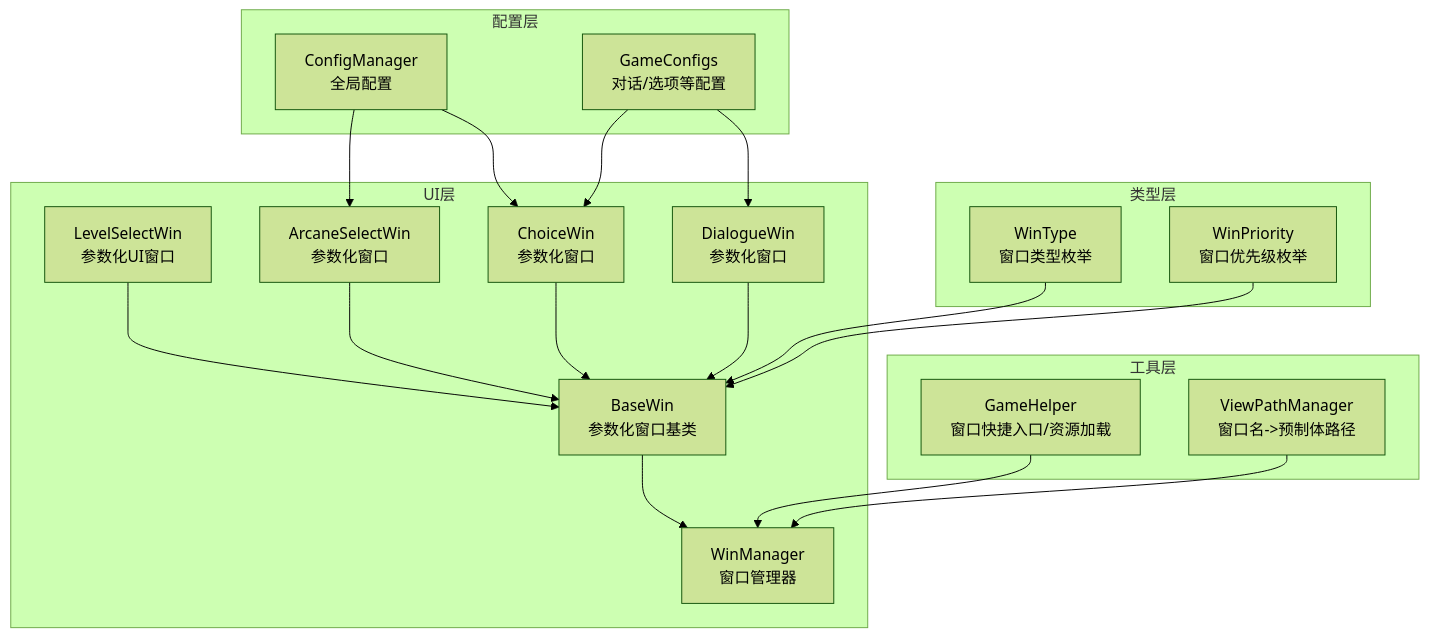
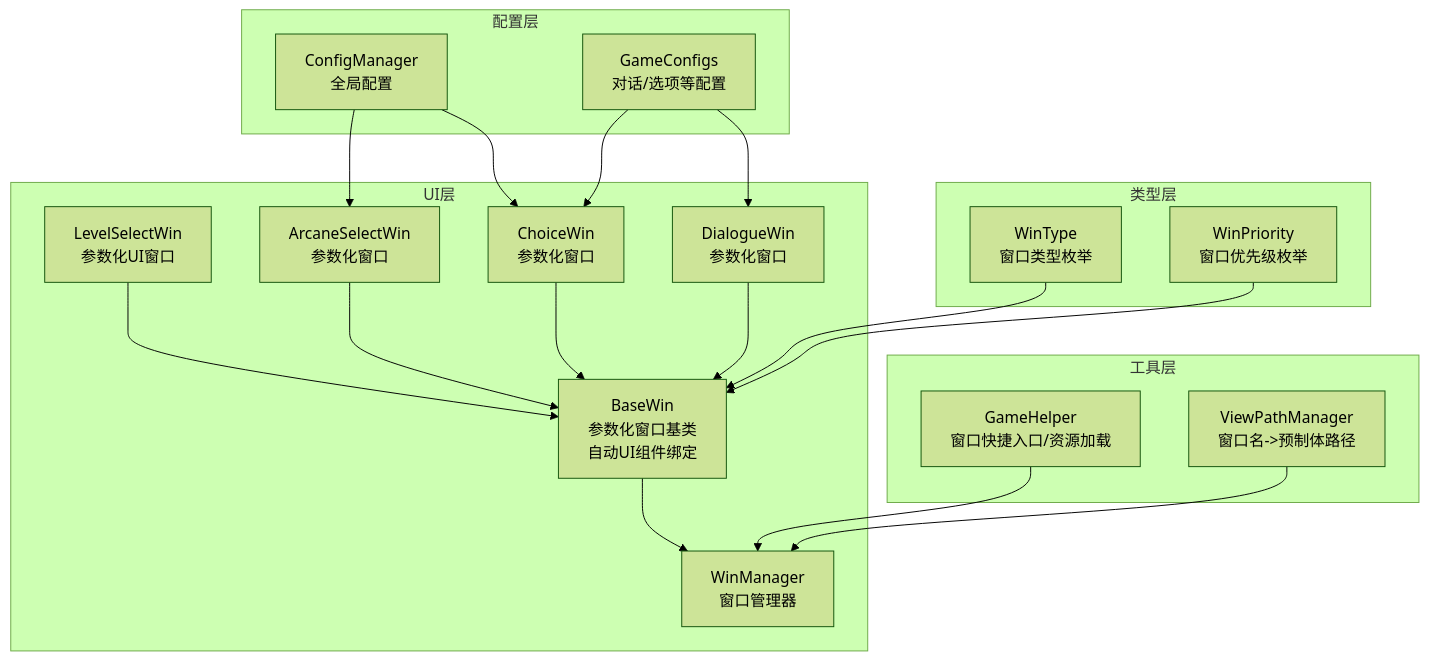
Before and after one commit to Tuusen/p1_client: the first of 9 diagrams in .qoder/repowiki/zh/content/用户界面系统/窗口管理系统.md, drawn with Mermaid (forest theme). The commit also changed other lines of this file and 6 other files, not shown here.

````diff
--- a/.qoder/repowiki/zh/content/用户界面系统/窗口管理系统.md
+++ b/.qoder/repowiki/zh/content/用户界面系统/窗口管理系统.md
@@ -56,36 +58,36 @@
 ```mermaid
 graph TB
 subgraph "UI层"
-BaseWin["BaseWin<br/>参数化窗口基类"]
+BaseWin["BaseWin<br/>参数化窗口基类<br/>自动UI组件绑定"]
 WinMgr["WinManager<br/>窗口管理器"]
 LevelSelectWin["LevelSelectWin<br/>参数化UI窗口"]
 ArcaneSelectWin["ArcaneSelectWin<br/>参数化窗口"]
 ChoiceWin["ChoiceWin<br/>参数化窗口"]
 DialogWin["DialogueWin<br/>参数化窗口"]
 end
 subgraph "工具层"
 GameHelper["GameHelper<br/>窗口快捷入口/资源加载"]
 ViewPathMgr["ViewPathManager<br/>窗口名->预制体路径"]
 end
 subgraph "配置层"
 CfgMgr["ConfigManager<br/>全局配置"]
 Cfgs["GameConfigs<br/>对话/选项等配置"]
 end
 subgraph "类型层"
 WinType["WinType<br/>窗口类型枚举"]
 WinPriority["WinPriority<br/>窗口优先级枚举"]
 end
 BaseWin --> WinMgr
 LevelSelectWin --> BaseWin
 ArcaneSelectWin --> BaseWin
 ChoiceWin --> BaseWin
 DialogWin --> BaseWin
 GameHelper --> WinMgr
 ViewPathMgr --> WinMgr
 CfgMgr --> ArcaneSelectWin
 CfgMgr --> ChoiceWin
 Cfgs --> ChoiceWin
 Cfgs --> DialogWin
 WinType --> BaseWin
 WinPriority --> BaseWin
 ```
````
